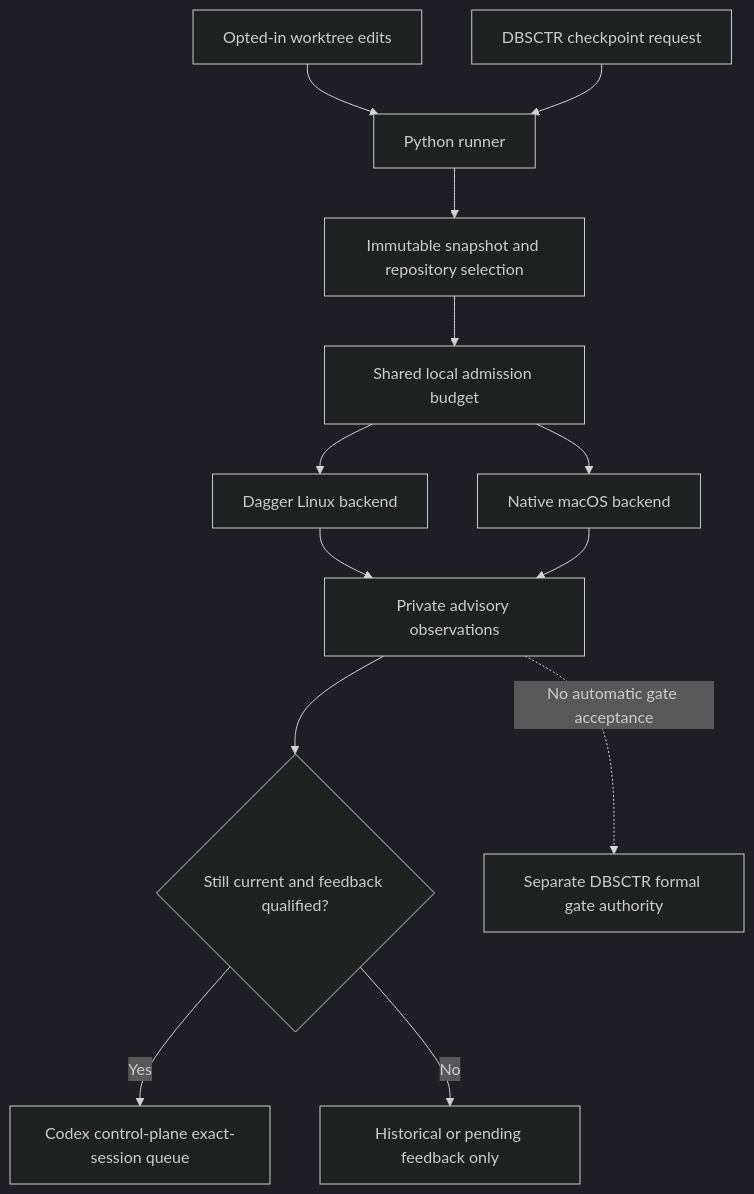
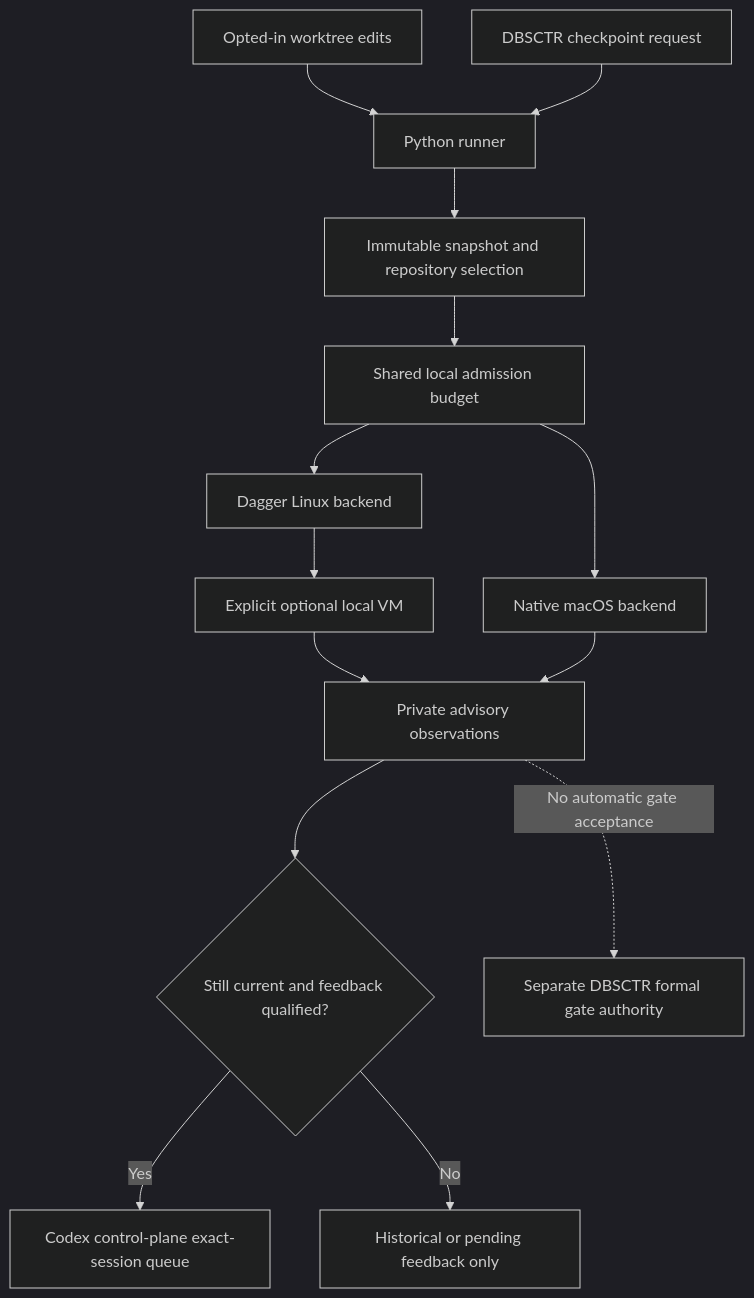
One commit to Saltiola7/dotfiles-ai changed the diagram in docs/specs/continuous_validation/README.md. Above: the diagram before and after it, drawn with Mermaid (dark theme). The commit also changed other lines of this file and 2 other files, not shown here.

````diff
--- a/docs/specs/continuous_validation/README.md
+++ b/docs/specs/continuous_validation/README.md
@@ -356,17 +626,18 @@
 ```mermaid
 flowchart TD
     accTitle: Local advisory validation ownership and freshness
-    accDescr: An opted-in worktree or an explicit DBSCTR checkpoint requests checks from the Python runner. The runner captures an immutable snapshot, selects repository-owned checks, and admits them through one host-wide budget. Linux checks use Dagger and macOS checks use the native backend. Results become private advisory observations. A freshness guard permits only current failures to reach the qualified Codex control-plane queue adapter. Formal DBSCTR gates remain a separate authority.
+    accDescr: An opted-in worktree or an explicit DBSCTR checkpoint requests checks from the Python runner. The runner captures an immutable snapshot, selects repository-owned checks, and admits them through one host-wide budget. Linux checks use Dagger through an explicitly provisioned local worker and macOS checks use the native backend. Results become private advisory observations. A freshness guard permits only current failures to reach the qualified Codex control-plane queue adapter. Formal DBSCTR gates remain a separate authority.
     W[Opted-in worktree edits] --> R[Python runner]
     C[DBSCTR checkpoint request] --> R
     R --> S[Immutable snapshot and repository selection]
     S --> B[Shared local admission budget]
     B --> D[Dagger Linux backend]
     B --> N[Native macOS backend]
-    D --> O[Private advisory observations]
+    D --> L[Explicit optional local VM]
+    L --> O[Private advisory observations]
     N --> O
     O --> F{Still current and feedback qualified?}
     F -->|Yes| Q[Codex control-plane exact-session queue]
     F -->|No| H[Historical or pending feedback only]
     O -.->|No automatic gate acceptance| G[Separate DBSCTR formal gate authority]
 ```
````
